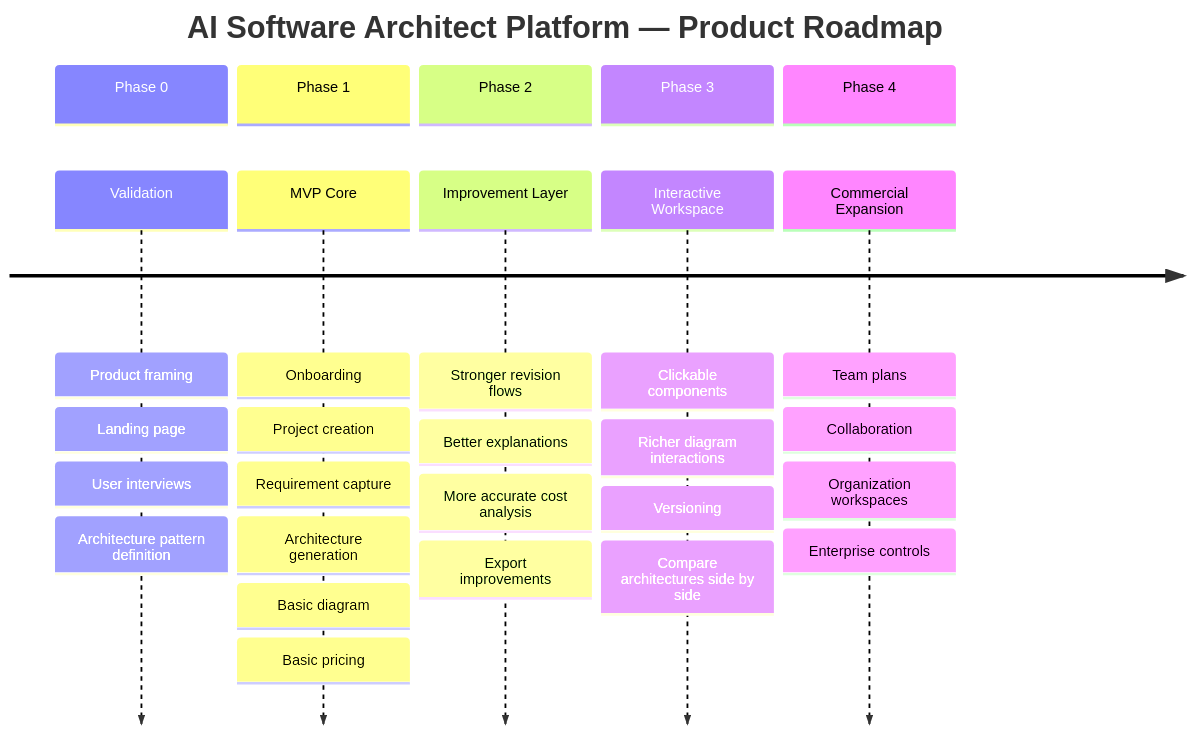
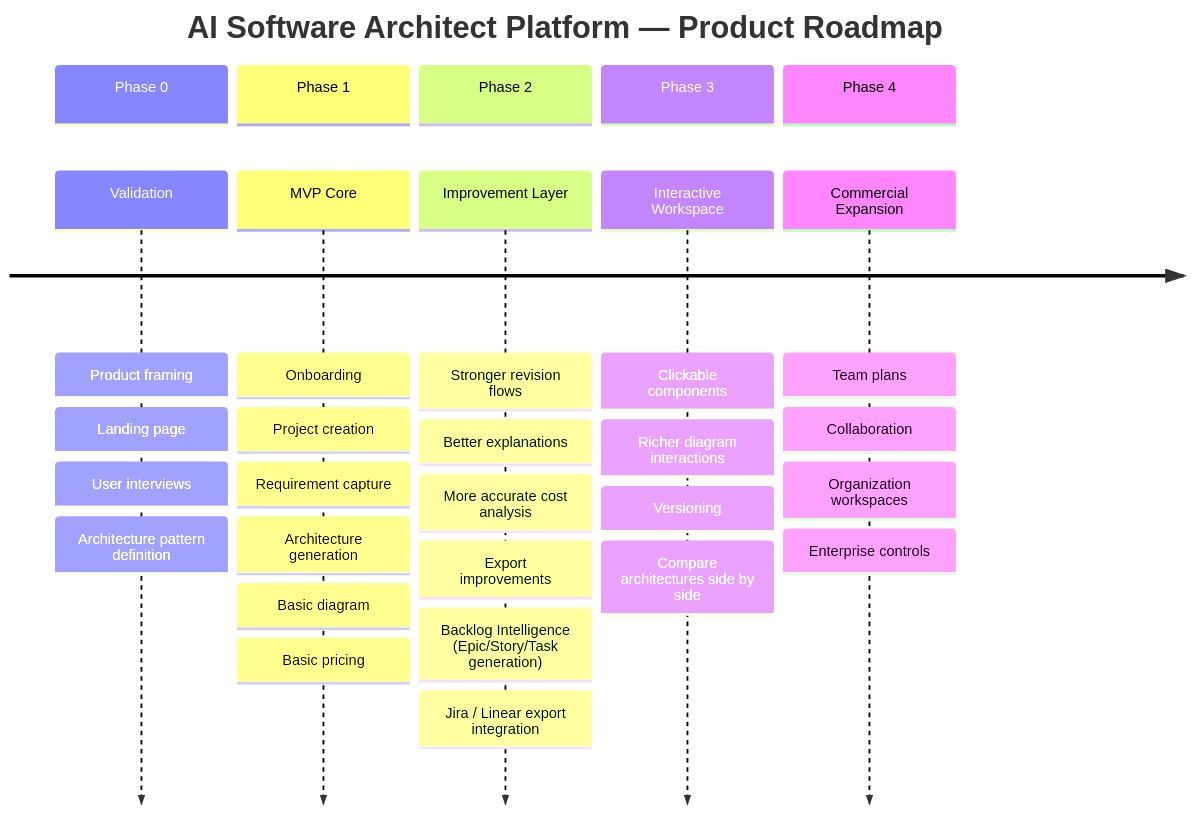
Diagram 22 of 23 in QuantiliomAiCompany.md (hasan4adnan/quantiliom-ai-website), drawn with Mermaid before and after one commit. The commit also changed other lines of this file and 1 other file, not shown here.

First line of the commit message:
Jira service

````diff
--- a/QuantiliomAiCompany.md
+++ b/QuantiliomAiCompany.md
@@ -1451,36 +1452,38 @@
 ```mermaid
 timeline
     title AI Software Architect Platform — Product Roadmap
 
     section Phase 0
         Validation : Product framing
                    : Landing page
                    : User interviews
                    : Architecture pattern definition
 
     section Phase 1
         MVP Core : Onboarding
                  : Project creation
                  : Requirement capture
                  : Architecture generation
                  : Basic diagram
                  : Basic pricing
 
     section Phase 2
         Improvement Layer : Stronger revision flows
                           : Better explanations
                           : More accurate cost analysis
                           : Export improvements
+                          : Backlog Intelligence (Epic/Story/Task generation)
+                          : Jira / Linear export integration
 
     section Phase 3
         Interactive Workspace : Clickable components
                               : Richer diagram interactions
                               : Versioning
                               : Compare architectures side by side
 
     section Phase 4
         Commercial Expansion : Team plans
                              : Collaboration
                              : Organization workspaces
                              : Enterprise controls
 ```
````
